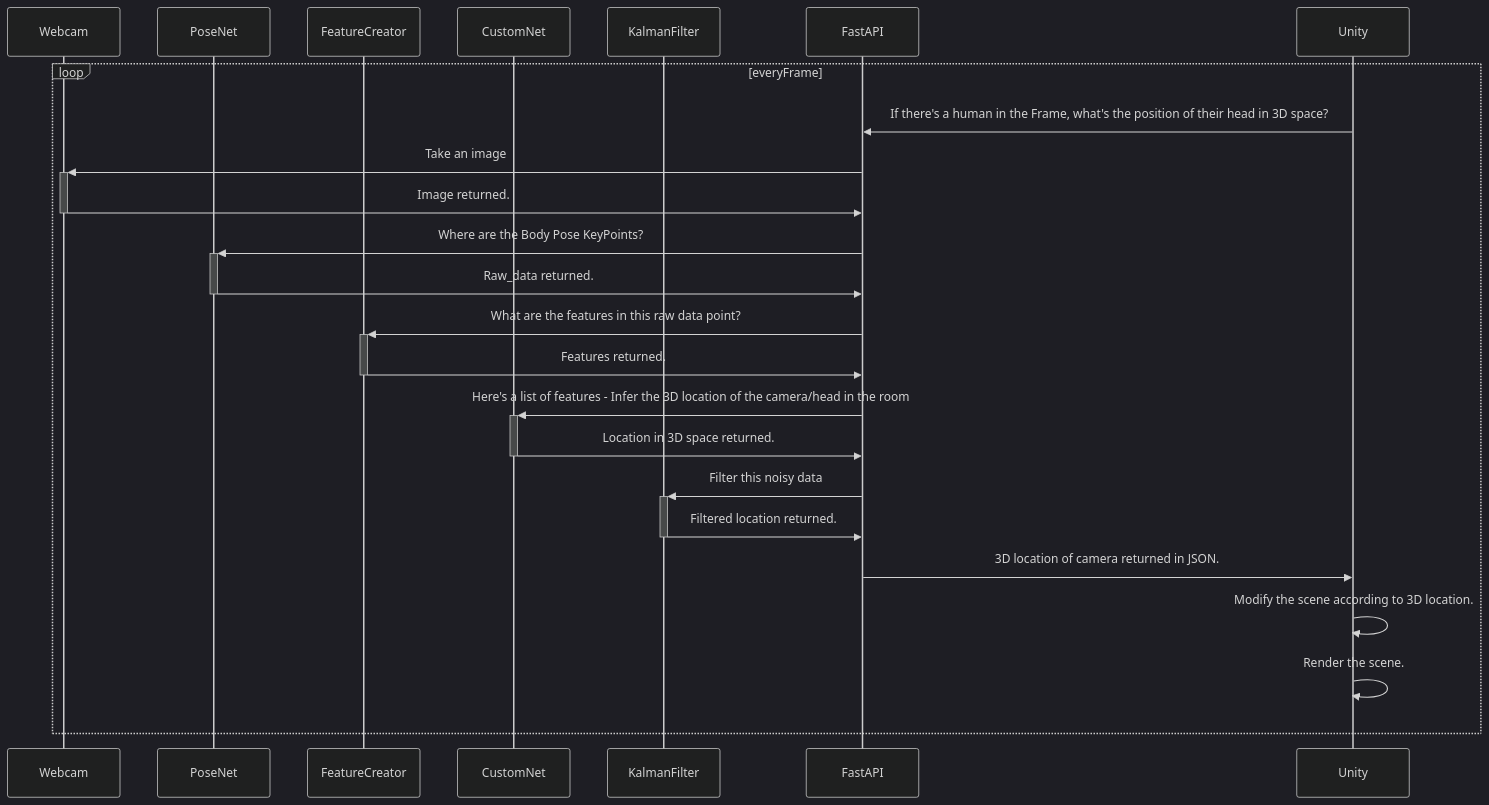
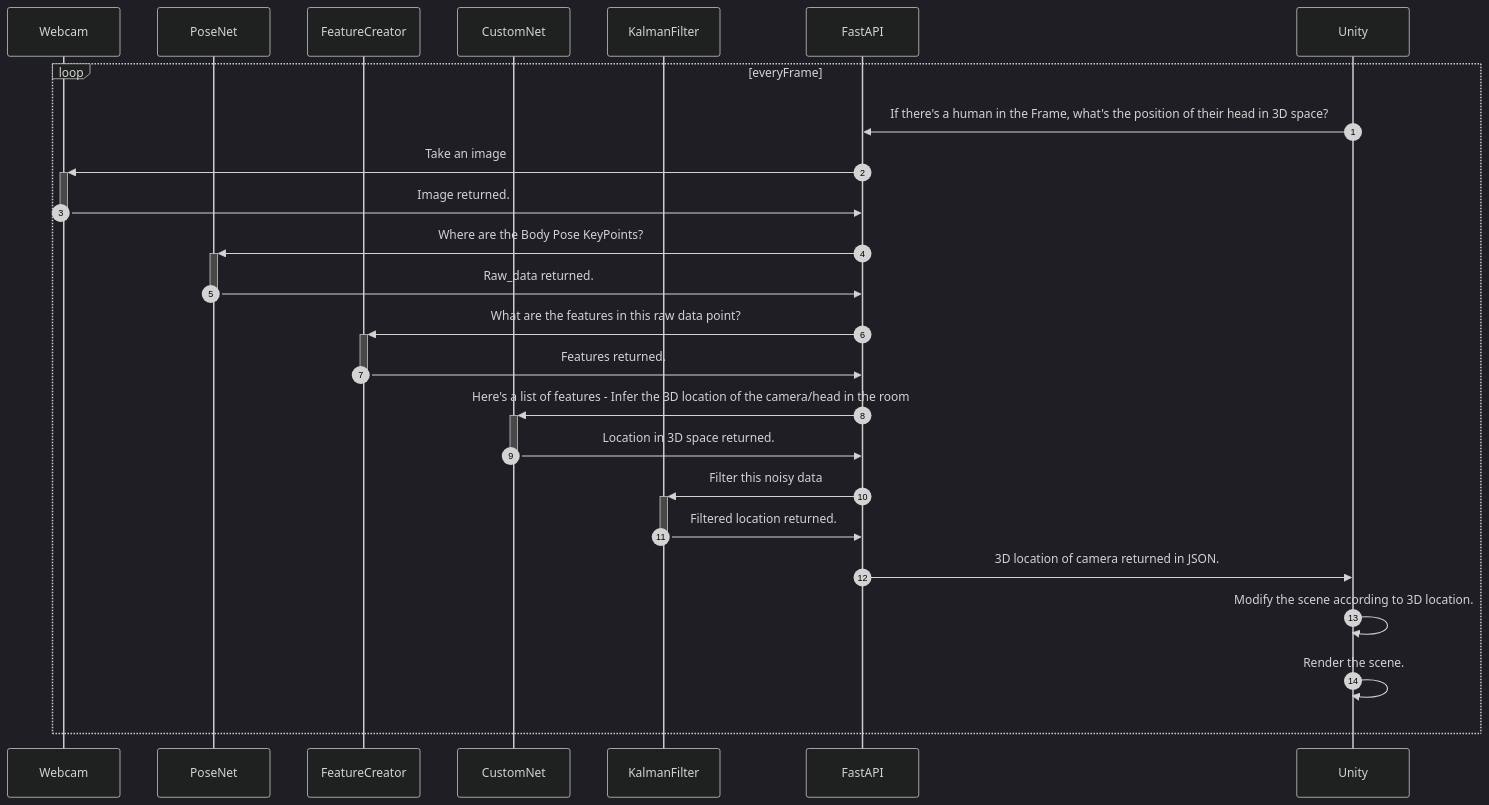
Before and after one commit to eyast/eyast.github.io: the diagram in _projects/3D_Display.md, drawn with Mermaid (dark theme).

Commit message:
added autonumbering

```diff
--- a/_projects/3D_Display.md
+++ b/_projects/3D_Display.md
@@ -31,27 +31,28 @@
 {% mermaid %}
 sequenceDiagram
     participant Webcam
     participant PoseNet
     participant FeatureCreator
     participant CustomNet
     participant KalmanFilter
     participant FastAPI
     participant Unity
     loop everyFrame
+    autonumber
     Unity->>FastAPI:If there's a human in the Frame, what's the position of their head in 3D space?
     FastAPI->>+Webcam: Take an image
     Webcam->>-FastAPI: Image returned.
     FastAPI->>+PoseNet: Where are the Body Pose KeyPoints?
     PoseNet->>-FastAPI: Raw_data returned.
     FastAPI->>+FeatureCreator: What are the features in this raw data point?
     FeatureCreator->>-FastAPI: Features returned.
     FastAPI->>+CustomNet: Here's a list of features - Infer the 3D location of the camera/head in the room
     CustomNet->>-FastAPI: Location in 3D space returned.
     FastAPI->>+KalmanFilter: Filter this noisy data
     KalmanFilter->>-FastAPI: Filtered location returned.
     FastAPI->>Unity: 3D location of camera returned in JSON.
     Unity->>Unity: Modify the scene according to 3D location.
     Unity->>Unity: Render the scene.
     end
 
 {% endmermaid %}
```
